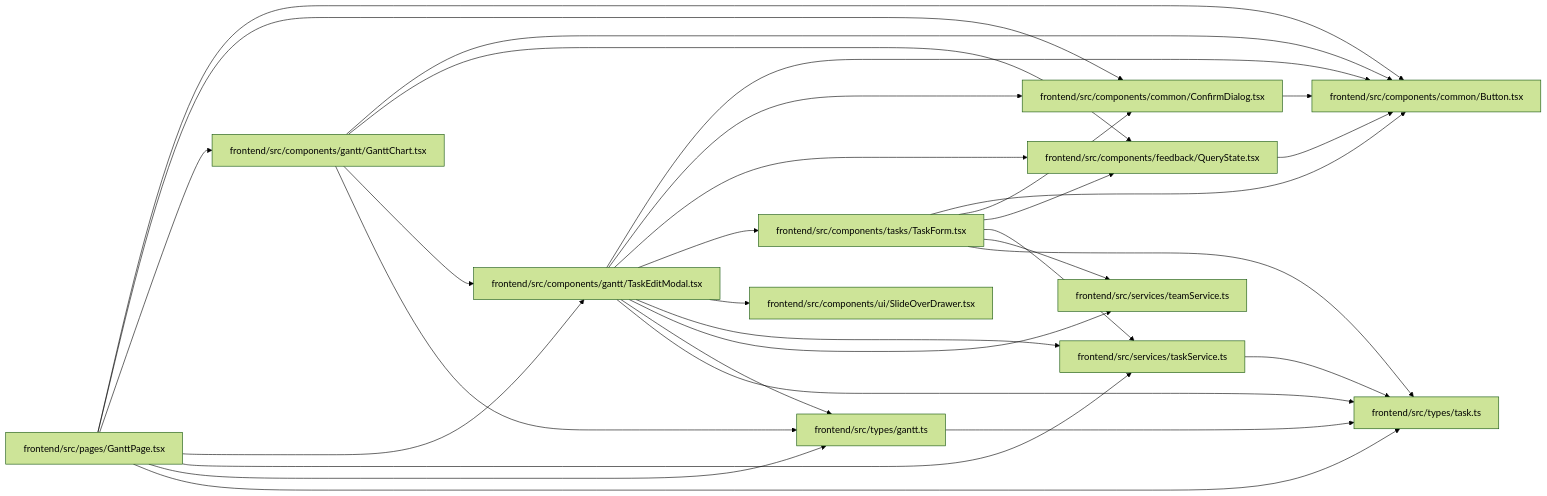
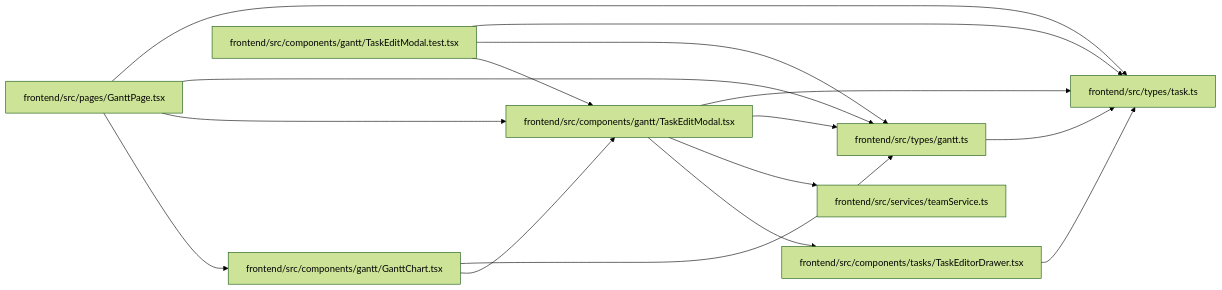
Before and after one commit to Denissvgn/WorkChord: the diagram in docs/llm_wiki/modules/TaskEditModal.md, drawn with Mermaid (forest theme). The commit also changed other lines of this file and 729 other files, not shown here.

````diff
--- a/docs/llm_wiki/modules/TaskEditModal.md
+++ b/docs/llm_wiki/modules/TaskEditModal.md
@@ -38,57 +31,34 @@
 ```mermaid
 flowchart LR
-    n0["frontend/src/components/common/Button.tsx"]
-    n1["frontend/src/components/common/ConfirmDialog.tsx"]
-    n2["frontend/src/components/feedback/QueryState.tsx"]
-    n3["frontend/src/components/gantt/GanttChart.tsx"]
-    n4["frontend/src/components/gantt/TaskEditModal.tsx"]
-    n5["frontend/src/components/tasks/TaskForm.tsx"]
-    n6["frontend/src/components/ui/SlideOverDrawer.tsx"]
-    n7["frontend/src/pages/GanttPage.tsx"]
-    n8["frontend/src/services/taskService.ts"]
-    n9["frontend/src/services/teamService.ts"]
-    n10["frontend/src/types/gantt.ts"]
-    n11["frontend/src/types/task.ts"]
-    n1 --> n0
-    n2 --> n0
-    n3 --> n0
-    n3 --> n2
-    n3 --> n4
-    n3 --> n10
+    n0["frontend/src/components/gantt/GanttChart.tsx"]
+    n1["frontend/src/components/gantt/TaskEditModal.test.tsx"]
+    n2["frontend/src/components/gantt/TaskEditModal.tsx"]
+    n3["frontend/src/components/tasks/TaskEditorDrawer.tsx"]
+    n4["frontend/src/pages/GanttPage.tsx"]
+    n5["frontend/src/services/teamService.ts"]
+    n6["frontend/src/types/gantt.ts"]
+    n7["frontend/src/types/task.ts"]
+    n0 --> n2
+    n0 --> n6
+    n1 --> n2
+    n1 --> n6
+    n1 --> n7
+    n2 --> n3
+    n2 --> n5
+    n2 --> n6
+    n2 --> n7
+    n3 --> n7
     n4 --> n0
-    n4 --> n1
     n4 --> n2
-    n4 --> n5
     n4 --> n6
-    n4 --> n8
-    n4 --> n9
-    n4 --> n10
-    n4 --> n11
-    n5 --> n0
-    n5 --> n1
-    n5 --> n2
-    n5 --> n8
-    n5 --> n9
-    n5 --> n11
-    n7 --> n0
-    n7 --> n1
-    n7 --> n3
-    n7 --> n4
-    n7 --> n8
-    n7 --> n10
-    n7 --> n11
-    n8 --> n11
-    n10 --> n11
-    click n0 "../modules/Button.md"
-    click n1 "../modules/ConfirmDialog.md"
-    click n2 "../modules/QueryState.md"
-    click n3 "../modules/GanttChart.md"
-    click n4 "../modules/TaskEditModal.md"
-    click n5 "../modules/TaskForm.md"
-    click n6 "../modules/SlideOverDrawer.md"
-    click n7 "../modules/GanttPage.md"
-    click n8 "../modules/taskService.md"
-    click n9 "../modules/teamService.md"
-    click n10 "../modules/types_gantt.md"
-    click n11 "../modules/types_task.md"
+    n4 --> n7
+    n6 --> n7
+    click n0 "../modules/GanttChart.md"
+    click n1 "../modules/TaskEditModal.test.md"
+    click n2 "../modules/TaskEditModal.md"
+    click n3 "../modules/TaskEditorDrawer.md"
+    click n4 "../modules/GanttPage.md"
+    click n5 "../modules/teamService.md"
+    click n6 "../modules/types_gantt.md"
+    click n7 "../modules/types_task.md"
 ```
````
